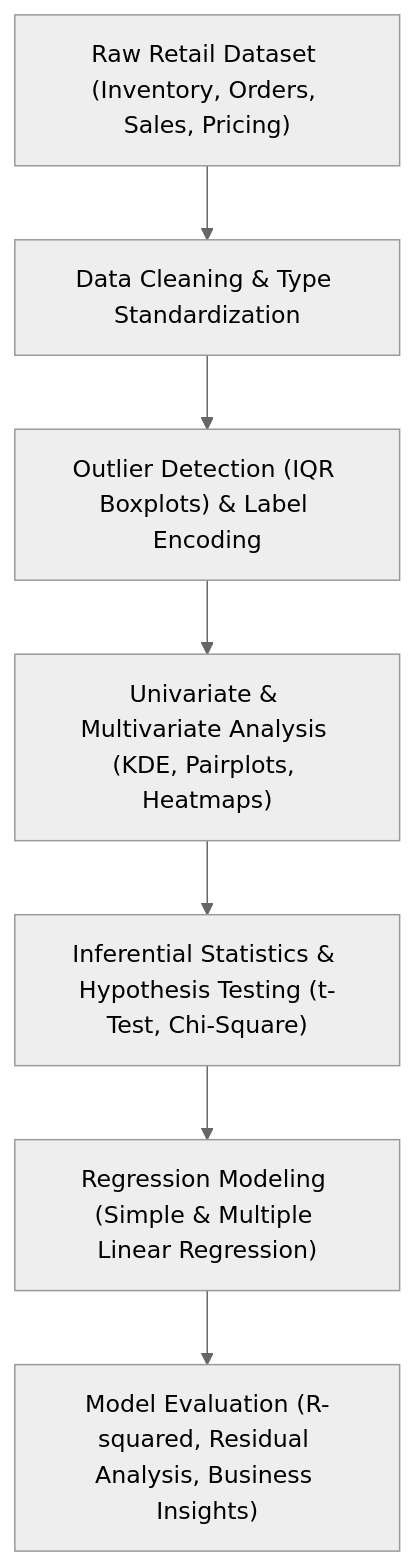
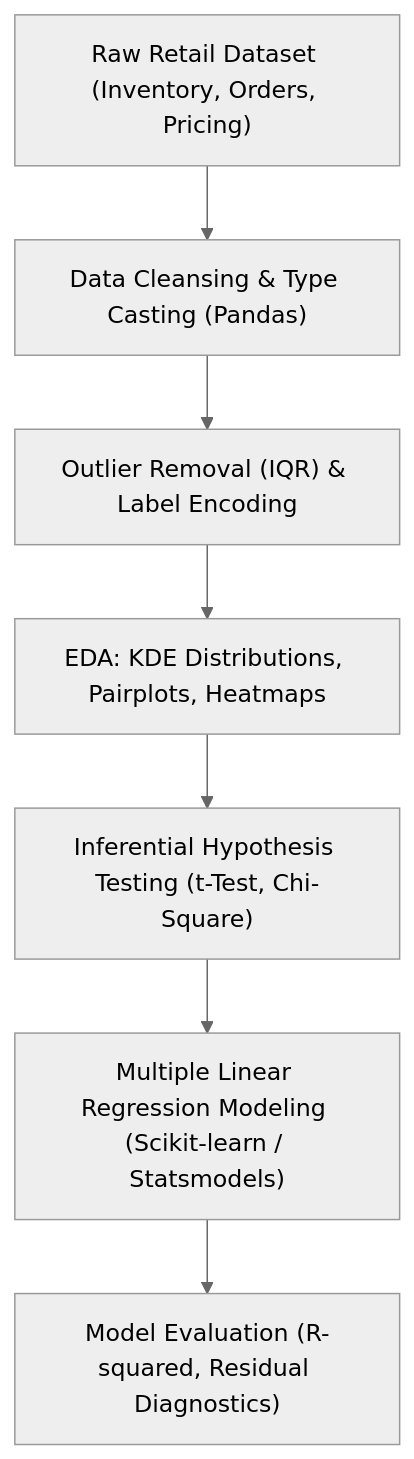
The diagram in README.md (prakruthidevanga/Data-Driven-Insights-into-Retail-Inventory-and-Sales-Performance-Using-Statistical-Analysis), drawn with Mermaid (neutral theme) before and after one commit. The commit also changed other lines of this file, not shown here.

Commit message:
docs: modernize README with indigo waving banner, hypothesis testing workflow, and structured TOC

````diff
--- a/README.md
+++ b/README.md
@@ -21,9 +70,9 @@
 ```mermaid
 flowchart TD
-    A["Raw Retail Dataset (Inventory, Orders, Sales, Pricing)"] --> B["Data Cleaning & Type Standardization"]
-    B --> C["Outlier Detection (IQR Boxplots) & Label Encoding"]
-    C --> D["Univariate & Multivariate Analysis (KDE, Pairplots, Heatmaps)"]
-    D --> E["Inferential Statistics & Hypothesis Testing (t-Test, Chi-Square)"]
-    E --> F["Regression Modeling (Simple & Multiple Linear Regression)"]
-    F --> G["Model Evaluation (R-squared, Residual Analysis, Business Insights)"]
+    A["Raw Retail Dataset (Inventory, Orders, Pricing)"] --> B["Data Cleansing & Type Casting (Pandas)"]
+    B --> C["Outlier Removal (IQR) & Label Encoding"]
+    C --> D["EDA: KDE Distributions, Pairplots, Heatmaps"]
+    D --> E["Inferential Hypothesis Testing (t-Test, Chi-Square)"]
+    E --> F["Multiple Linear Regression Modeling (Scikit-learn / Statsmodels)"]
+    F --> G["Model Evaluation (R-squared, Residual Diagnostics)"]
 ```
````
